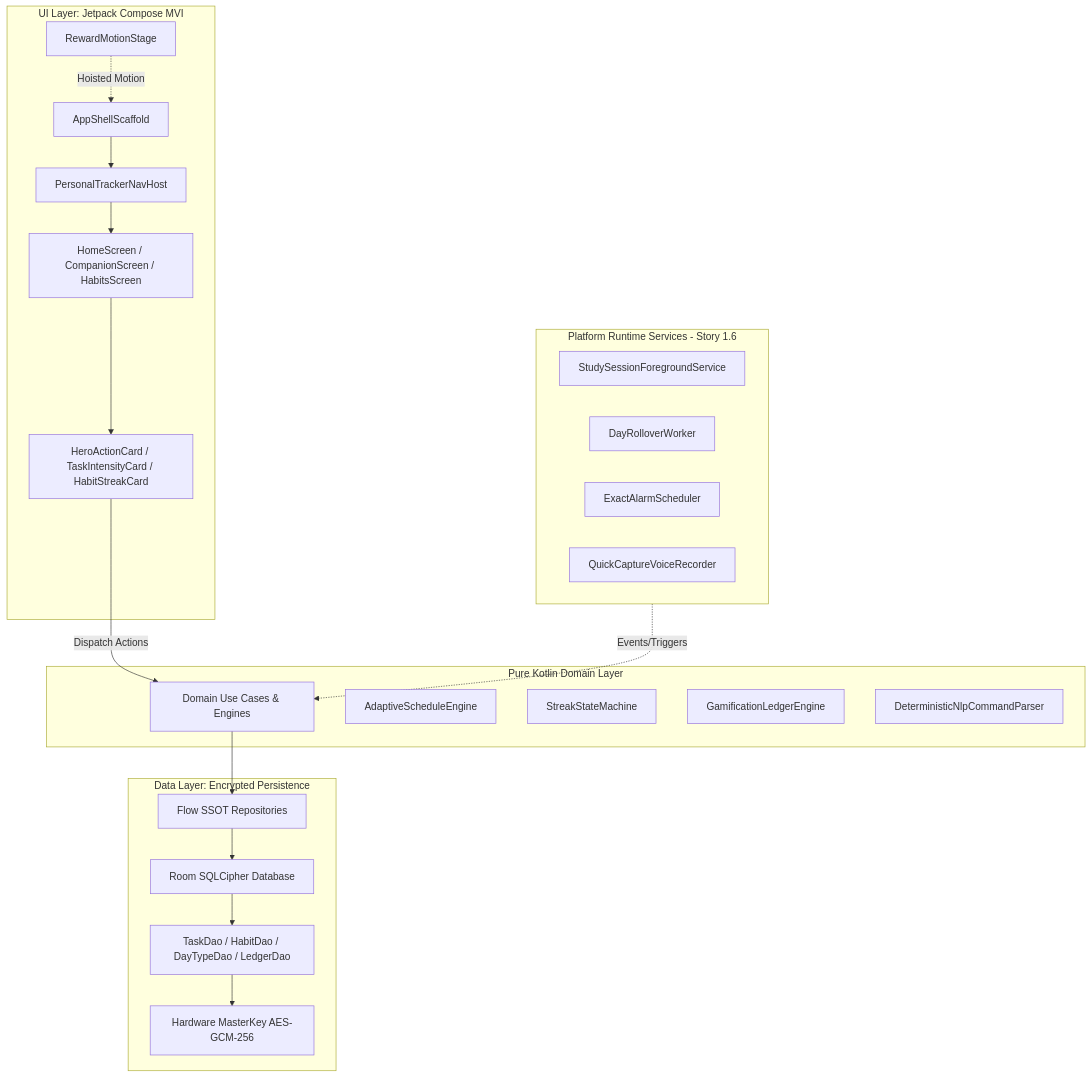
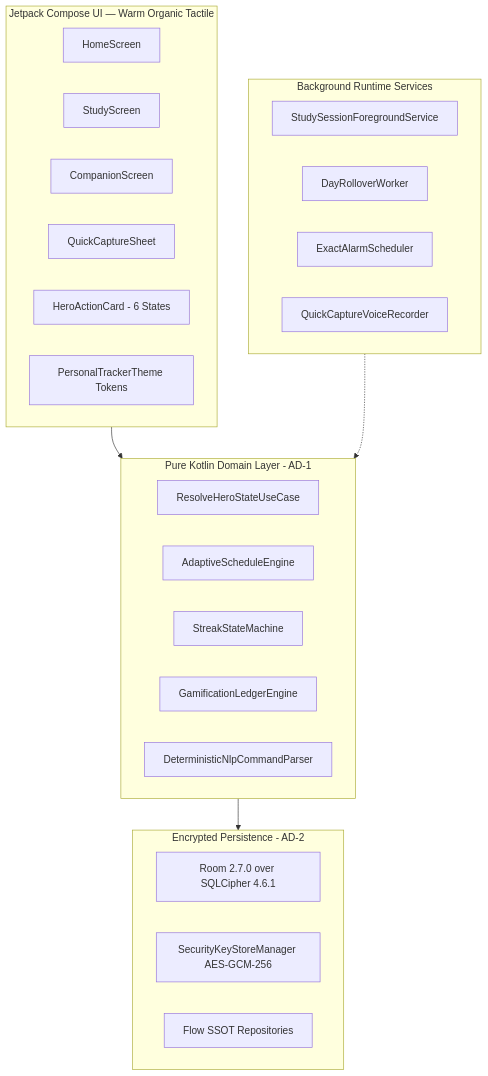
Before and after one commit to kizh4324/Personal_Tracker: the diagram in HANDOFF.md, drawn with Mermaid. The commit also changed other lines of this file and 3 other files, not shown here.

Commit message:
docs: update HANDOFF and synchronize graphify knowledge graph for tomorrow's kickoff

````diff
--- a/HANDOFF.md
+++ b/HANDOFF.md
@@ -61,43 +85,36 @@
 ```mermaid
 flowchart TD
-    subgraph UI_Layer [UI Layer: Jetpack Compose MVI]
-        AppShellScaffold[AppShellScaffold]
-        NavHost[PersonalTrackerNavHost]
-        RewardStage[RewardMotionStage]
-        Screens[HomeScreen / CompanionScreen / HabitsScreen]
-        Cards[HeroActionCard / TaskIntensityCard / HabitStreakCard]
+    subgraph UI_Layer [Jetpack Compose UI — Warm Organic Tactile]
+        HomeScreen[HomeScreen]
+        StudyScreen[StudyScreen]
+        CompanionScreen[CompanionScreen]
+        QuickCapture[QuickCaptureSheet]
+        HeroCard[HeroActionCard - 6 States]
+        Theme[PersonalTrackerTheme Tokens]
     end
 
-    subgraph Domain_Layer [Pure Kotlin Domain Layer]
-        UseCases[Domain Use Cases & Engines]
+    subgraph Domain_Layer [Pure Kotlin Domain Layer - AD-1]
+        ResolveHero[ResolveHeroStateUseCase]
         SchedEngine[AdaptiveScheduleEngine]
         StreakEngine[StreakStateMachine]
         LedgerEngine[GamificationLedgerEngine]
         NlpParser[DeterministicNlpCommandParser]
     end
 
-    subgraph Data_Layer [Data Layer: Encrypted Persistence]
-        Repos[Flow SSOT Repositories]
-        RoomDB[Room SQLCipher Database]
-        DAOs[TaskDao / HabitDao / DayTypeDao / LedgerDao]
-        Crypto[Hardware MasterKey AES-GCM-256]
+    subgraph Data_Layer [Encrypted Persistence - AD-2]
+        RoomDB[Room 2.7.0 over SQLCipher 4.6.1]
+        KeyStore[SecurityKeyStoreManager AES-GCM-256]
+        FlowRepos[Flow SSOT Repositories]
     end
 
-    subgraph Platform_Layer [Platform Runtime Services - Story 1.6]
+    subgraph Platform_Layer [Background Runtime Services]
         TimerService[StudySessionForegroundService]
         RolloverWorker[DayRolloverWorker]
         AlarmScheduler[ExactAlarmScheduler]
         VoiceRecorder[QuickCaptureVoiceRecorder]
     end
 
-    AppShellScaffold --> NavHost
-    NavHost --> Screens
-    Screens --> Cards
-    Cards -->|Dispatch Actions| UseCases
-    UseCases --> Repos
-    Repos --> RoomDB
-    RoomDB --> DAOs
-    DAOs --> Crypto
-    Platform_Layer -.->|Events/Triggers| UseCases
-    RewardStage -.->|Hoisted Motion| AppShellScaffold
+    UI_Layer --> Domain_Layer
+    Domain_Layer --> Data_Layer
+    Platform_Layer -.-> Domain_Layer
 ```
````
